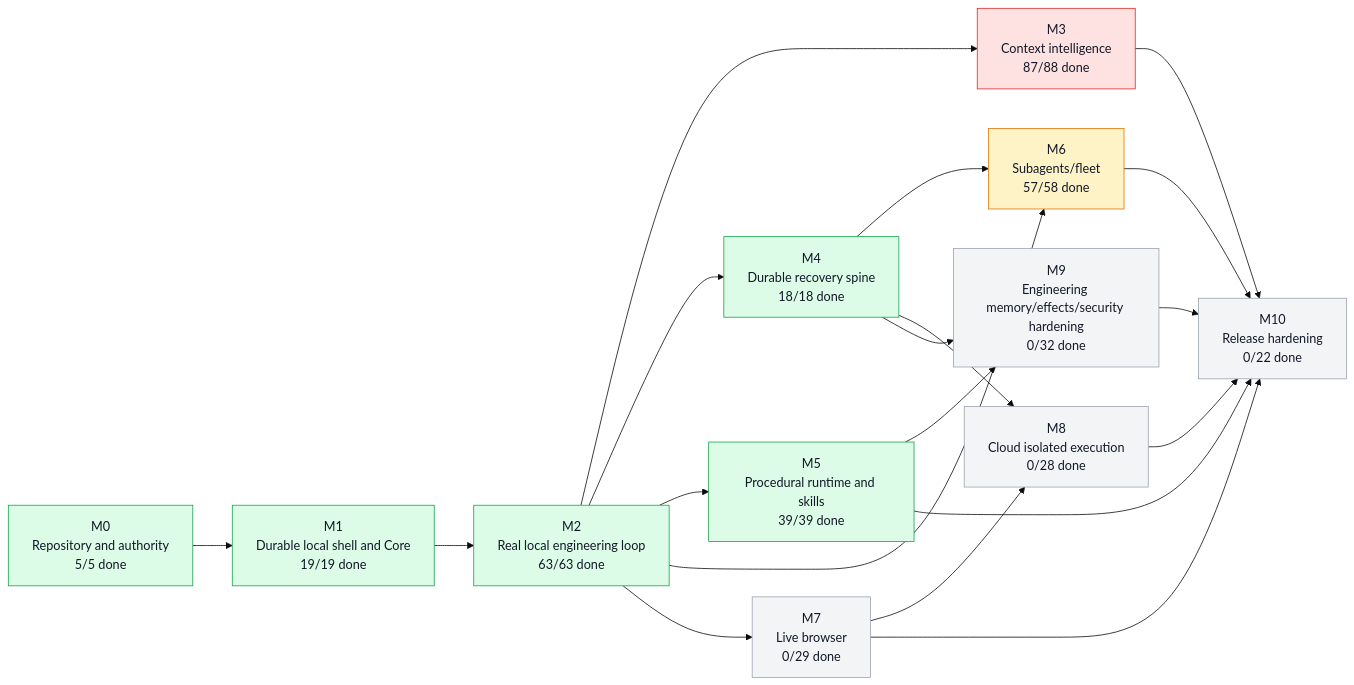
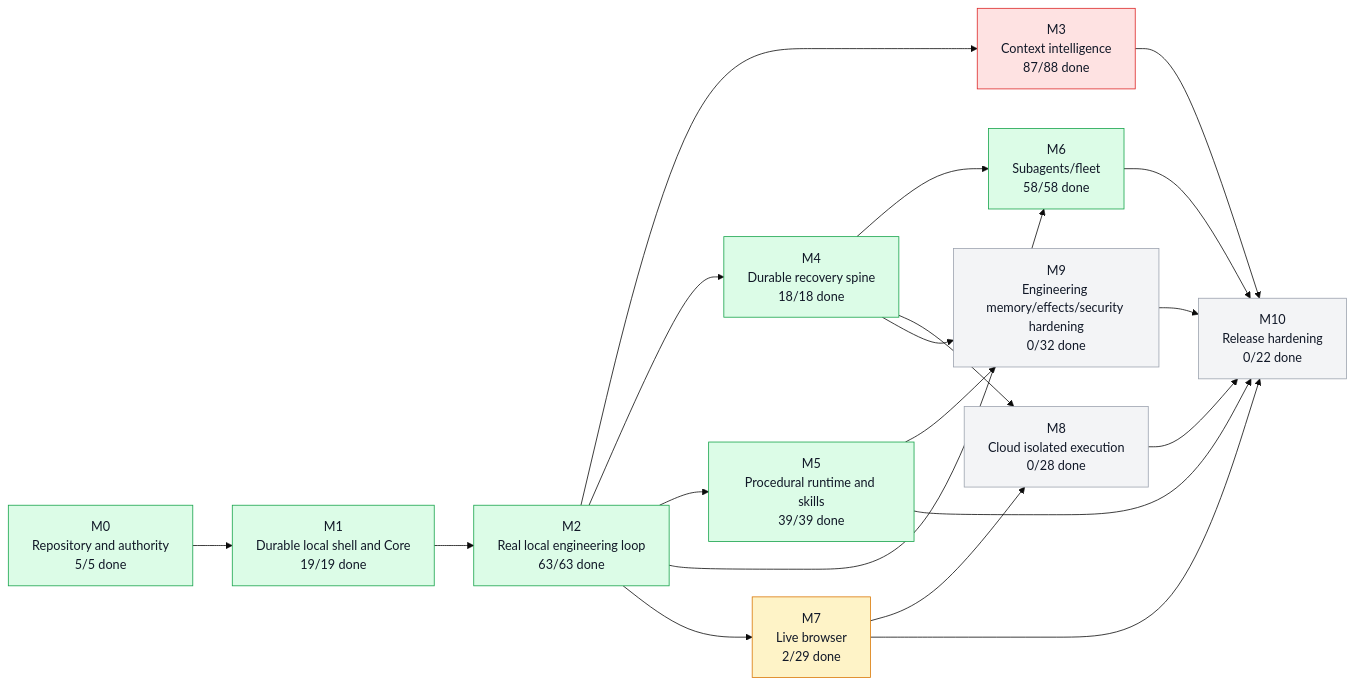
The first of 5 diagrams in graph/PROJECT_GRAPH.md (moss101/modbit), drawn with Mermaid (base theme) before and after one commit. The commit also changed other lines of this file and 13 other files, not shown here.

````diff
--- a/graph/PROJECT_GRAPH.md
+++ b/graph/PROJECT_GRAPH.md
@@ -57,43 +57,43 @@
 ```mermaid
 flowchart LR
   M0["M0<br/>Repository and authority<br/>5/5 done"]
   M1["M1<br/>Durable local shell and Core<br/>19/19 done"]
   M2["M2<br/>Real local engineering loop<br/>63/63 done"]
   M3["M3<br/>Context intelligence<br/>87/88 done"]
   M4["M4<br/>Durable recovery spine<br/>18/18 done"]
   M5["M5<br/>Procedural runtime and skills<br/>39/39 done"]
-  M6["M6<br/>Subagents/fleet<br/>57/58 done"]
-  M7["M7<br/>Live browser<br/>0/29 done"]
+  M6["M6<br/>Subagents/fleet<br/>58/58 done"]
+  M7["M7<br/>Live browser<br/>2/29 done"]
   M8["M8<br/>Cloud isolated execution<br/>0/28 done"]
   M9["M9<br/>Engineering memory/effects/security hardening<br/>0/32 done"]
   M10["M10<br/>Release hardening<br/>0/22 done"]
   M0 --> M1
   M1 --> M2
   M2 --> M3
   M2 --> M4
   M2 --> M5
   M2 --> M6
   M4 --> M6
   M2 --> M7
   M4 --> M8
   M7 --> M8
   M4 --> M9
   M5 --> M9
   M3 --> M10
   M5 --> M10
   M6 --> M10
   M7 --> M10
   M8 --> M10
   M9 --> M10
   style M0 fill:#dcfce7,stroke:#16a34a,color:#111827
   style M1 fill:#dcfce7,stroke:#16a34a,color:#111827
   style M2 fill:#dcfce7,stroke:#16a34a,color:#111827
   style M3 fill:#fee2e2,stroke:#dc2626,color:#111827
   style M4 fill:#dcfce7,stroke:#16a34a,color:#111827
   style M5 fill:#dcfce7,stroke:#16a34a,color:#111827
-  style M6 fill:#fef3c7,stroke:#d97706,color:#111827
-  style M7 fill:#f3f4f6,stroke:#9ca3af,color:#111827
+  style M6 fill:#dcfce7,stroke:#16a34a,color:#111827
+  style M7 fill:#fef3c7,stroke:#d97706,color:#111827
   style M8 fill:#f3f4f6,stroke:#9ca3af,color:#111827
   style M9 fill:#f3f4f6,stroke:#9ca3af,color:#111827
   style M10 fill:#f3f4f6,stroke:#9ca3af,color:#111827
 ```
````
